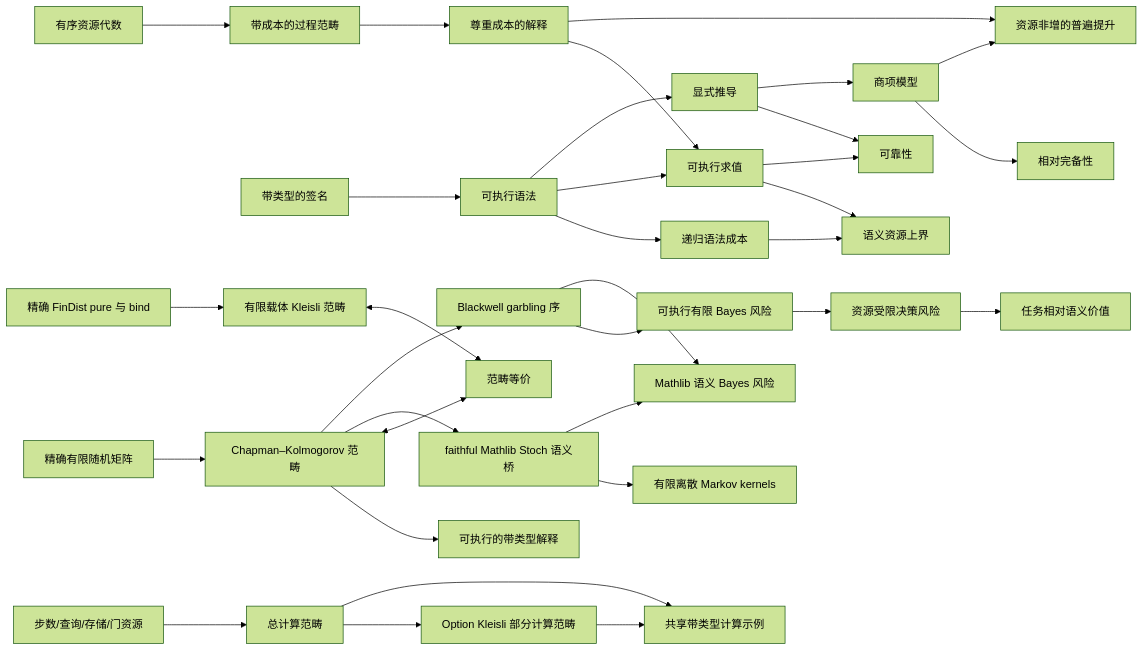
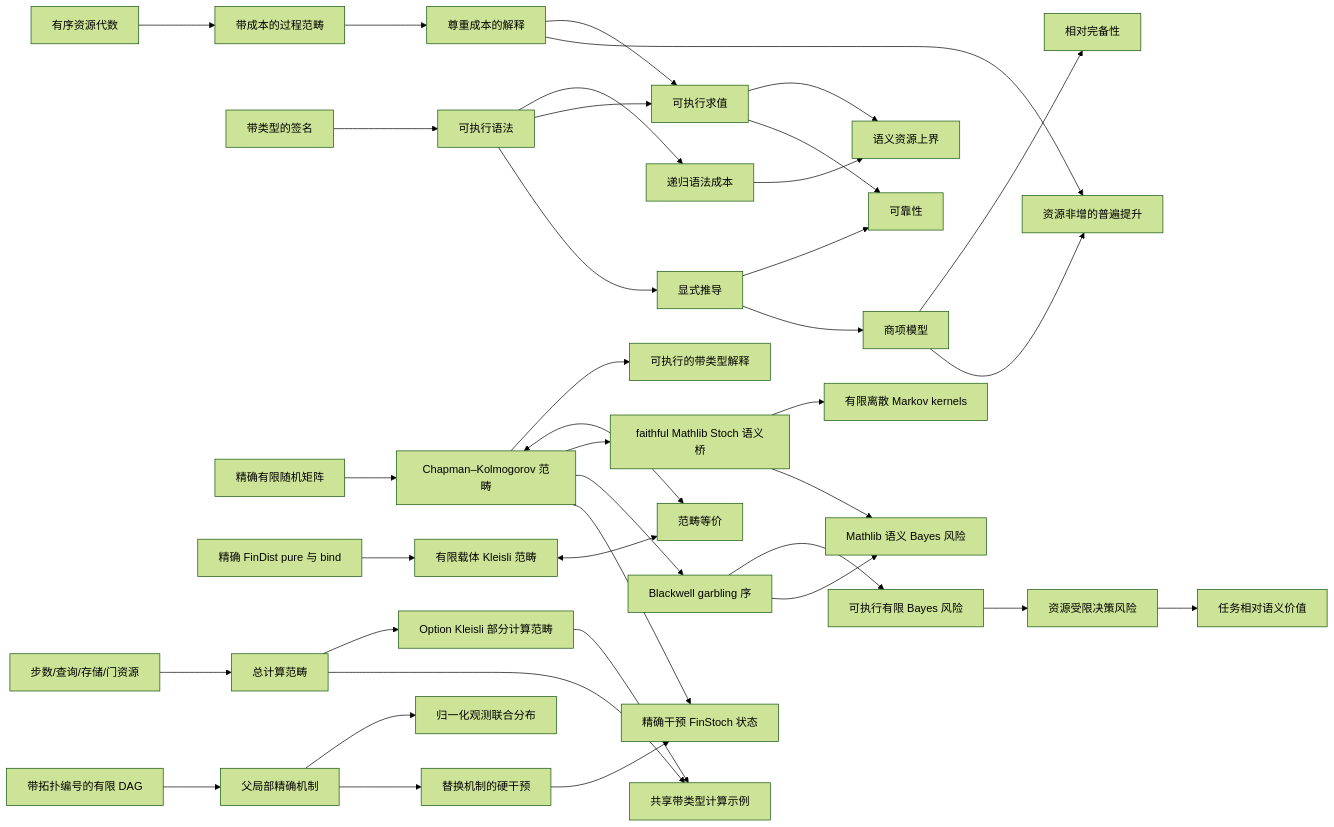
One commit to miuchan/ript changed the diagram in docs/README.zh-CN.md. Above: the diagram before and after it, drawn with Mermaid (forest theme). The commit also changed other lines of this file and 14 other files, not shown here.

````diff
--- a/docs/README.zh-CN.md
+++ b/docs/README.zh-CN.md
@@ -326,35 +360,40 @@
 ```mermaid
 flowchart LR
   R["有序资源代数"] --> C["带成本的过程范畴"]
   S["带类型的签名"] --> X["可执行语法"]
   X --> K["递归语法成本"]
   C --> I["尊重成本的解释"]
   X --> E["可执行求值"]
   I --> E
   K --> B["语义资源上界"]
   E --> B
   X --> D["显式推导"]
   D --> SO["可靠性"]
   E --> SO
   D --> T["商项模型"]
   T --> CO["相对完备性"]
   I --> U["资源非增的普遍提升"]
   T --> U
   F["精确有限随机矩阵"] --> CK["Chapman–Kolmogorov 范畴"]
   CK --> EX["可执行的带类型解释"]
   FD["精确 FinDist pure 与 bind"] --> KL["有限载体 Kleisli 范畴"]
   CK <--> EQ["范畴等价"]
   KL <--> EQ
   CK --> ST["faithful Mathlib Stoch 语义桥"]
   ST --> MT["有限离散 Markov kernels"]
   CK --> BW["Blackwell garbling 序"]
   ST --> SB["Mathlib 语义 Bayes 风险"]
   BW --> FR["可执行有限 Bayes 风险"]
   FR --> RR["资源受限决策风险"]
   RR --> SV["任务相对语义价值"]
   BW --> SB
   CR["步数/查询/存储/门资源"] --> TC["总计算范畴"]
   TC --> PC["Option Kleisli 部分计算范畴"]
   TC --> CE["共享带类型计算示例"]
   PC --> CE
+  DAG["带拓扑编号的有限 DAG"] --> CM["父局部精确机制"]
+  CM --> OJ["归一化观测联合分布"]
+  CM --> DO["替换机制的硬干预"]
+  DO --> IS["精确干预 FinStoch 状态"]
+  CK --> IS
 ```
````
